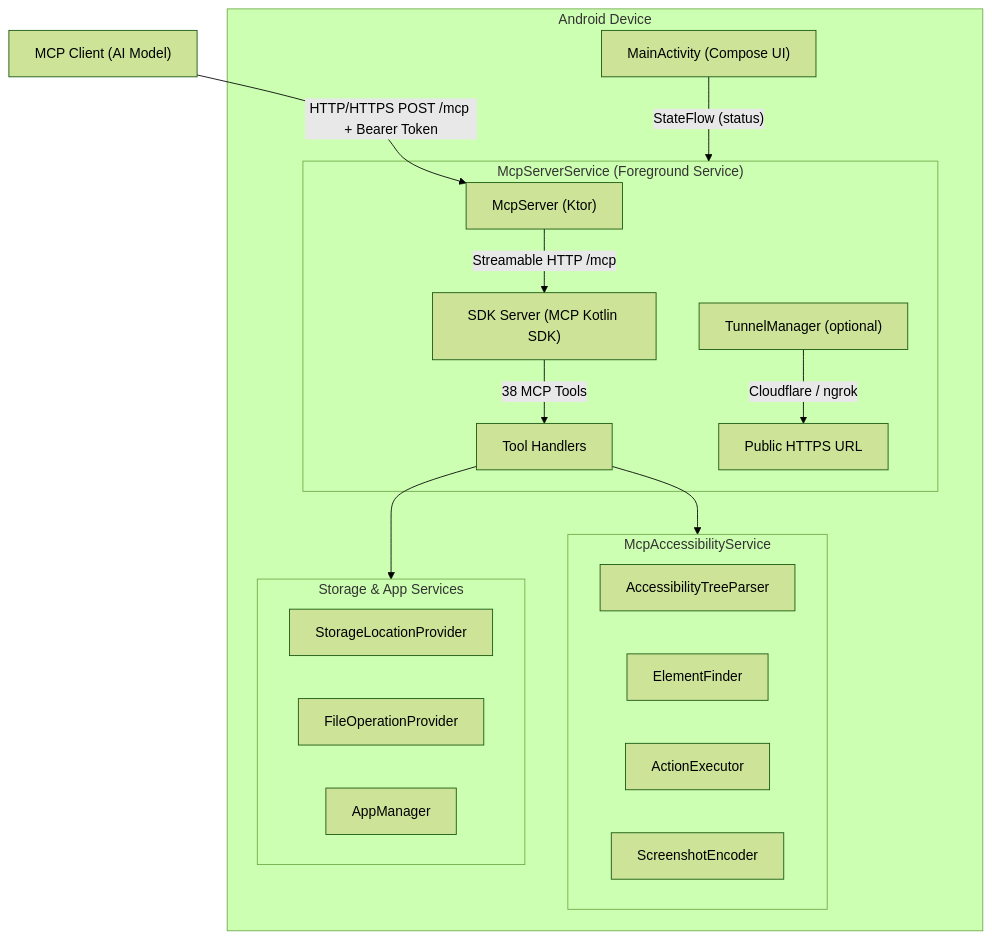
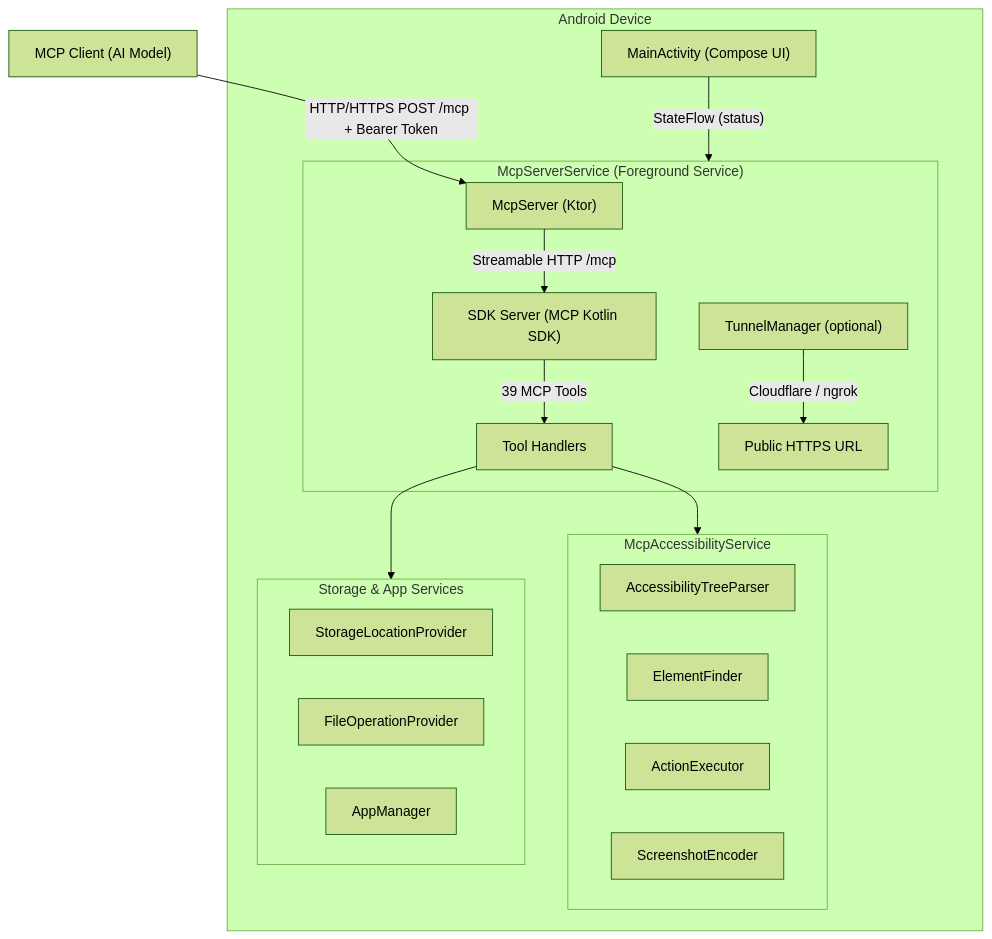
Before and after one commit to danielealbano/android-remote-control-mcp: the diagram in README.md, drawn with Mermaid (forest theme). The commit also changed other lines of this file and 5 other files, not shown here.

````diff
--- a/README.md
+++ b/README.md
@@ -232,34 +232,34 @@
 ```mermaid
 graph TB
     Client["MCP Client (AI Model)"]
     Client -->|"HTTP/HTTPS POST /mcp + Bearer Token"| McpServer
 
     subgraph Device["Android Device"]
         subgraph McpServerService["McpServerService (Foreground Service)"]
             McpServer["McpServer (Ktor)"]
             McpServer -->|"Streamable HTTP /mcp"| SDK["SDK Server (MCP Kotlin SDK)"]
-            SDK -->|"38 MCP Tools"| Tools["Tool Handlers"]
+            SDK -->|"39 MCP Tools"| Tools["Tool Handlers"]
             TunnelMgr["TunnelManager (optional)"]
             TunnelMgr -->|"Cloudflare / ngrok"| PublicURL["Public HTTPS URL"]
         end
 
         subgraph Accessibility["McpAccessibilityService"]
             TreeParser["AccessibilityTreeParser"]
             ElemFinder["ElementFinder"]
             ActionExec["ActionExecutor"]
             ScreenEnc["ScreenshotEncoder"]
         end
 
         subgraph Storage["Storage & App Services"]
             StorageProv["StorageLocationProvider"]
             FileOps["FileOperationProvider"]
             AppMgr["AppManager"]
         end
 
         MainActivity["MainActivity (Compose UI)"]
 
         Tools --> Accessibility
         Tools --> Storage
         MainActivity -->|"StateFlow (status)"| McpServerService
     end
 ```
````
